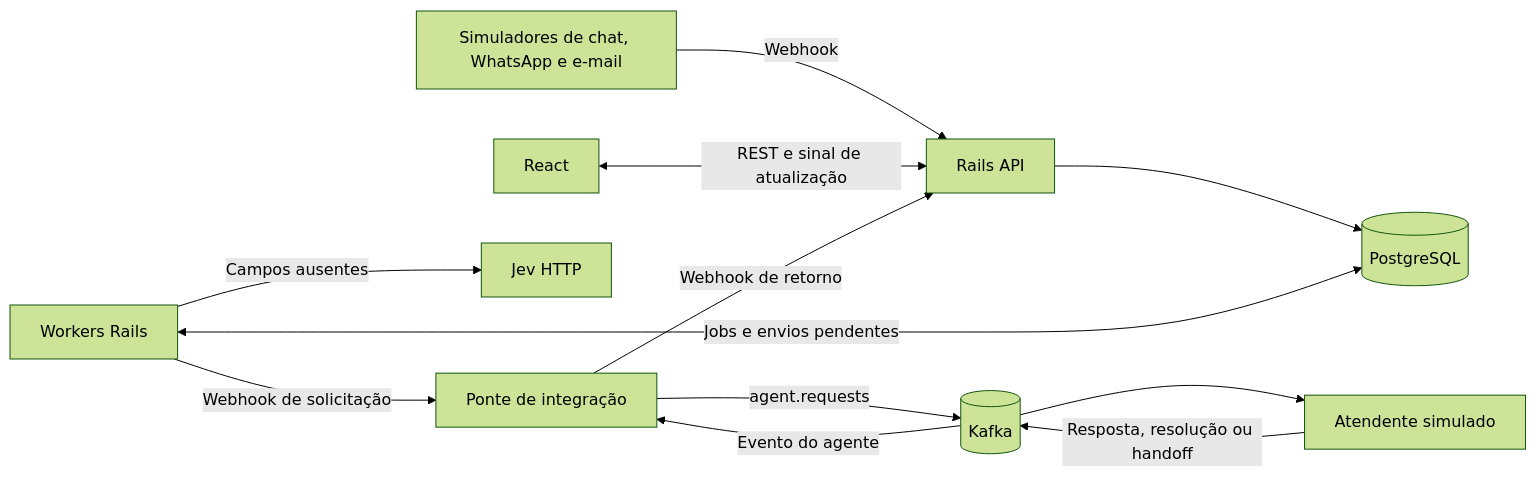
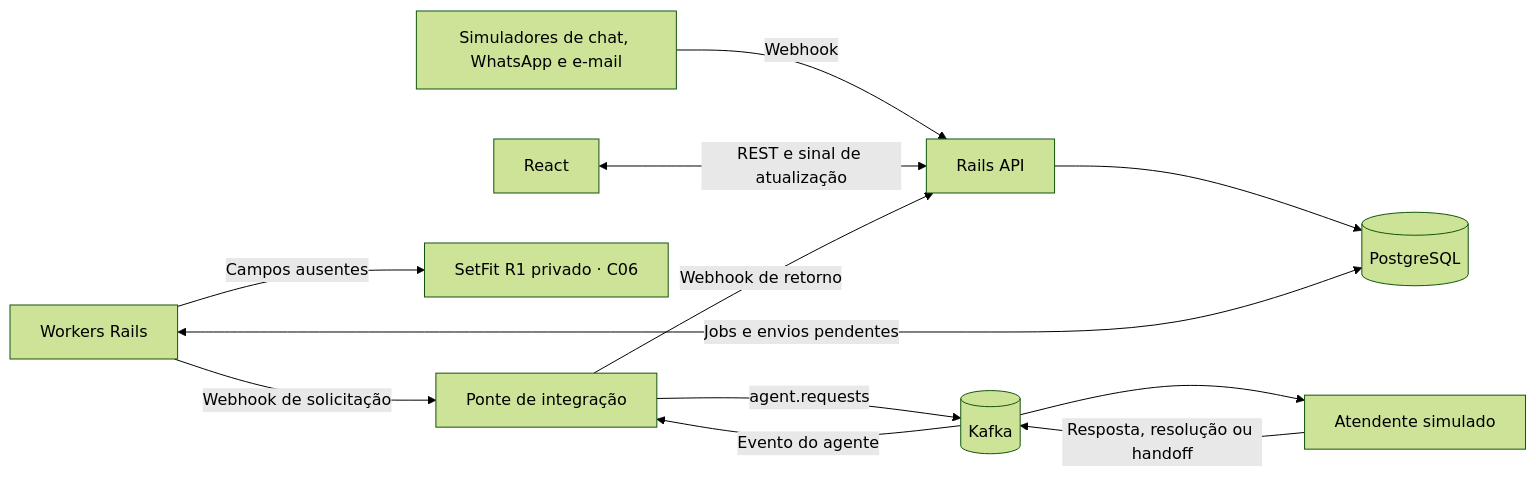
Before and after one commit to leeunam/case-CLOUDWALK-IA: the first of 2 diagrams in docs/planejamento/especificacao-mvp.md, drawn with Mermaid (forest theme). The commit also changed other lines of this file and 29 other files, not shown here.

First line of the commit message:
docs: registre a adoção do SetFit R1 e o plano de integração

````diff
--- a/docs/planejamento/especificacao-mvp.md
+++ b/docs/planejamento/especificacao-mvp.md
@@ -69,14 +69,14 @@
 ```mermaid
 flowchart LR
     Sim[Simuladores de chat, WhatsApp e e-mail] -->|Webhook| API[Rails API]
     UI[React] <-->|REST e sinal de atualização| API
     API --> PG[(PostgreSQL)]
     Worker[Workers Rails] <-->|Jobs e envios pendentes| PG
-    Worker -->|Campos ausentes| Jev[Jev HTTP]
+    Worker -->|Campos ausentes| SetFit[SetFit R1 privado · C06]
     Worker -->|Webhook de solicitação| Ponte[Ponte de integração]
     Ponte -->|agent.requests| MQ[(Kafka)]
     MQ --> Mock[Atendente simulado]
     Mock -->|Resposta, resolução ou handoff| MQ
     MQ -->|Evento do agente| Ponte
     Ponte -->|Webhook de retorno| API
 ```
````
